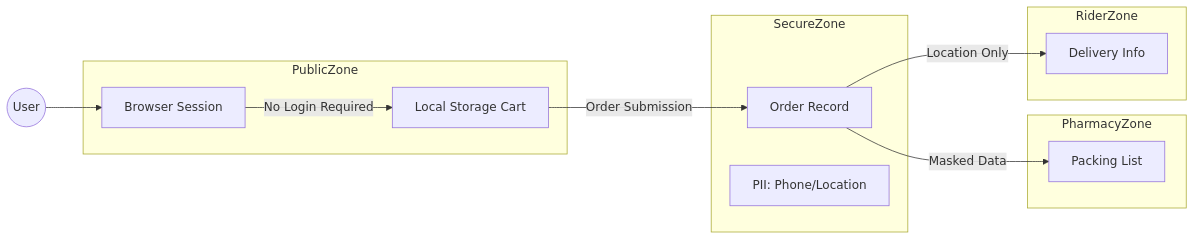
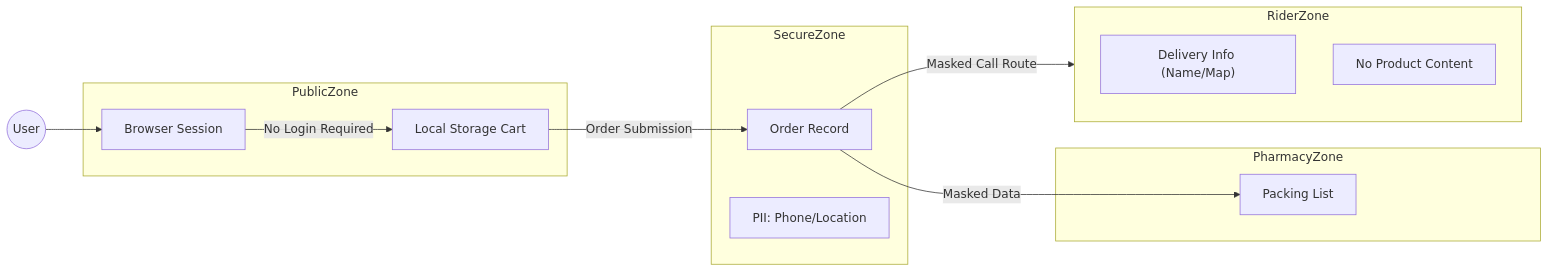
One commit to naeemAbdul-Aziz/discreetkit changed the second of 2 diagrams in docs/investor-reports/02-system-architecture.md. Above: the diagram before and after it, drawn with Mermaid. The commit also changed other lines of this file and 19 other files, not shown here.

````diff
--- a/docs/investor-reports/02-system-architecture.md
+++ b/docs/investor-reports/02-system-architecture.md
@@ -75,30 +76,31 @@
 ```mermaid
 graph LR
     User(("User"))
   
     subgraph PublicZone
         Browser["Browser Session"]
         Cart["Local Storage Cart"]
     end
   
     subgraph SecureZone
         Order["Order Record"]
         PII["PII: Phone/Location"]
     end
   
     subgraph PharmacyZone
         Pack["Packing List"]
     end
   
     subgraph RiderZone
-        Delivery["Delivery Info"]
+        Delivery["Delivery Info (Name/Map)"]
+        NoContent["No Product Content"]
     end
 
     User --> Browser
     Browser -->|No Login Required| Cart
     Cart -->|Order Submission| Order
   
     Order -->|Masked Data| Pack
-    Order -->|Location Only| Delivery
+    Order -->|Masked Call Route| RiderZone
   
 ```
````
